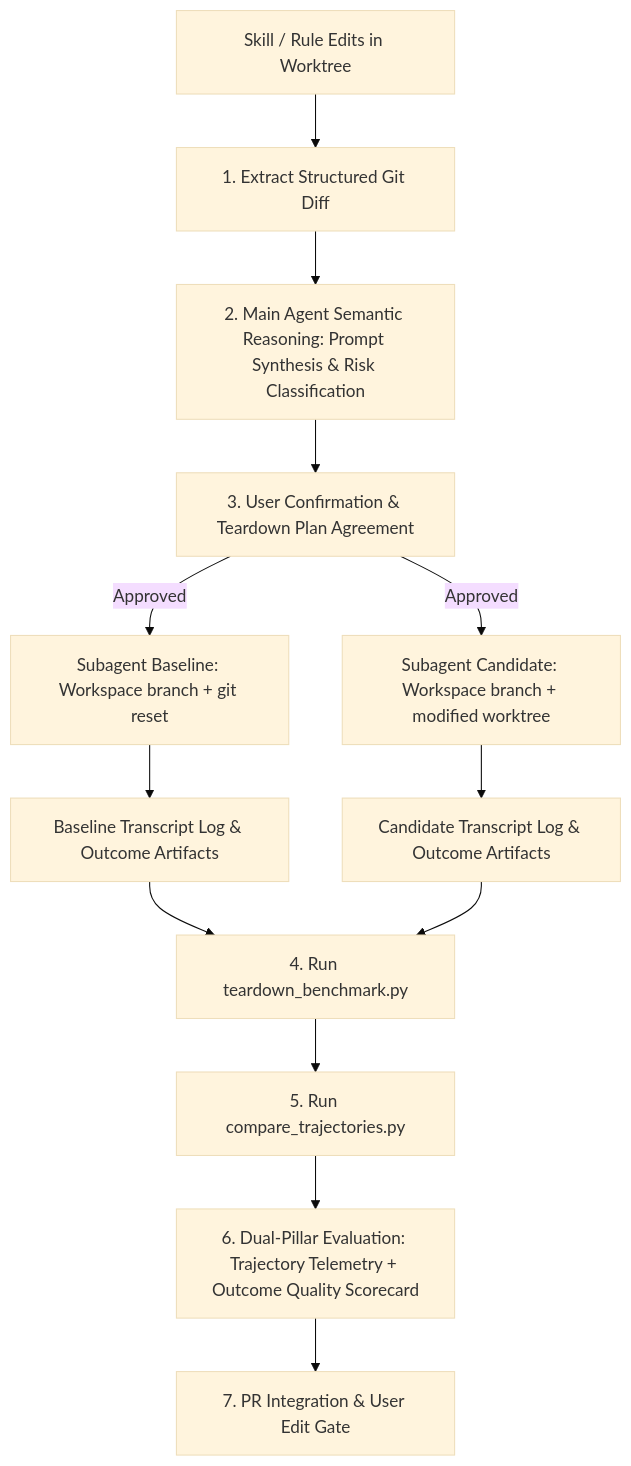
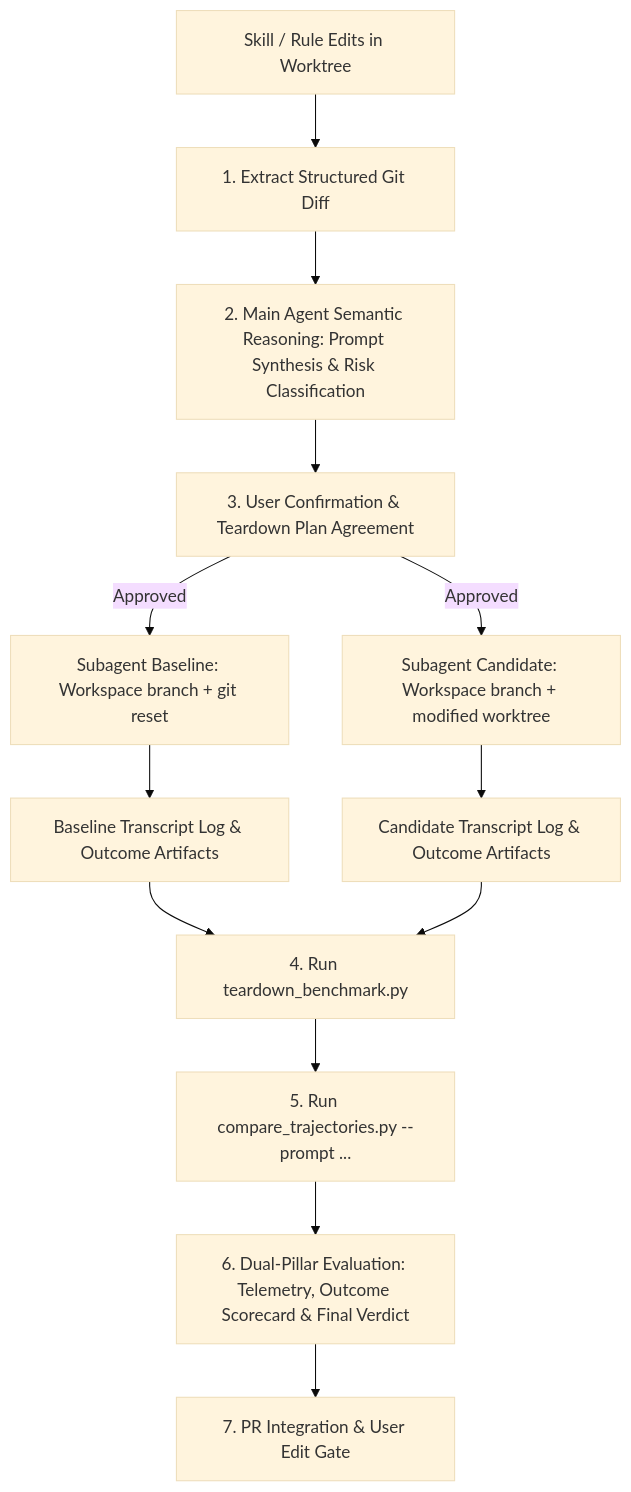
The diagram in .agents/skills/xmc_trajectory_comparison/SKILL.md (google/xmc), drawn with Mermaid (base theme) before and after one commit. The commit also changed other lines of this file and 2 other files, not shown here.

First line of the commit message:
feat(tools): add test prompt, context footprint, and final verdict to trajectory benchmark reports

````diff
--- a/.agents/skills/xmc_trajectory_comparison/SKILL.md
+++ b/.agents/skills/xmc_trajectory_comparison/SKILL.md
@@ -10,14 +10,14 @@
 ```mermaid
 graph TD
     A[Skill / Rule Edits in Worktree] --> B[1. Extract Structured Git Diff]
     B --> C[2. Main Agent Semantic Reasoning: Prompt Synthesis & Risk Classification]
     C --> D[3. User Confirmation & Teardown Plan Agreement]
     D -->|Approved| E1[Subagent Baseline: Workspace branch + git reset]
     D -->|Approved| E2[Subagent Candidate: Workspace branch + modified worktree]
     E1 --> F1[Baseline Transcript Log & Outcome Artifacts]
     E2 --> F2[Candidate Transcript Log & Outcome Artifacts]
     F1 & F2 --> G[4. Run teardown_benchmark.py]
-    G --> H[5. Run compare_trajectories.py]
-    H --> I[6. Dual-Pillar Evaluation: Trajectory Telemetry + Outcome Quality Scorecard]
+    G --> H[5. Run compare_trajectories.py --prompt ...]
+    H --> I[6. Dual-Pillar Evaluation: Telemetry, Outcome Scorecard & Final Verdict]
     I --> J[7. PR Integration & User Edit Gate]
 ```
````
